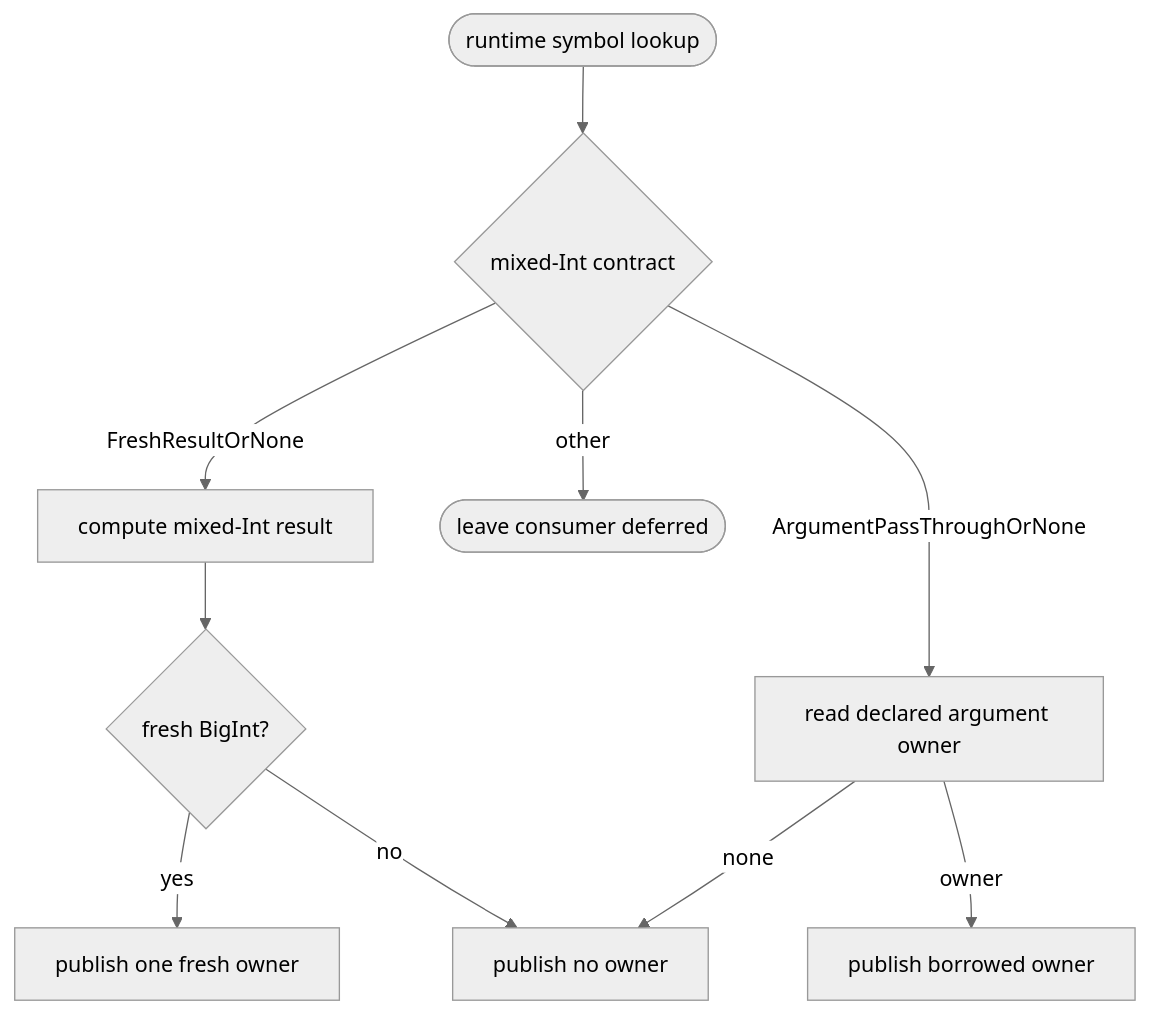
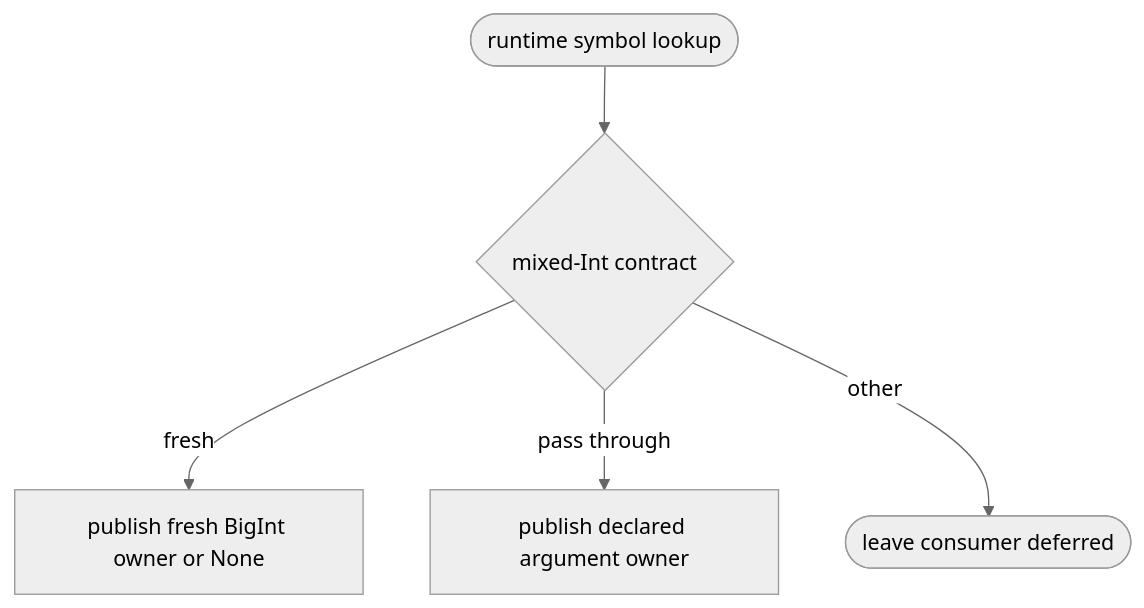
The first of 2 diagrams in .aw/tech-design/projects/mamba/logic/mamba-strict-type-expose-runtime-mixed-int-owner-sidecars.md (chrischeng-c4/axiom), drawn with Mermaid (neutral theme) before and after one commit. The commit also changed other lines of this file, not shown here.

Commit message:
td(1461) — contract section: logic
Lifecycle-Slug: 1461
Work-Item: 1461
Lifecycle-Stage: Td-Section
Lifecycle-Phase: td_contract_in_progress
Lifecycle-Pass: contract
TD-Section: logic
Previous-Phase: td_applicability_created
Next-Phase: td_contract_in_progress
Next-Command: aw td create

````diff
--- a/.aw/tech-design/projects/mamba/logic/mamba-strict-type-expose-runtime-mixed-int-owner-sidecars.md
+++ b/.aw/tech-design/projects/mamba/logic/mamba-strict-type-expose-runtime-mixed-int-owner-sidecars.md
@@ -10,36 +10,22 @@
 ```mermaid
 ---
 id: mamba-strict-type-runtime-mixed-int-owner-sidecars
 entry: runtime_symbol
 nodes:
   runtime_symbol: { kind: start, label: "runtime symbol lookup" }
   contract: { kind: decision, label: "mixed-Int companion contract" }
-  fresh_result: { kind: process, label: "compute fresh-result-or-none sidecar" }
-  bigint: { kind: decision, label: "result is fresh BigInt" }
-  transfer: { kind: process, label: "publish one fresh MbValue owner" }
-  raw: { kind: process, label: "publish no owner sidecar" }
-  argument: { kind: process, label: "select declared argument companion" }
-  borrowed: { kind: process, label: "publish borrowed companion" }
+  fresh: { kind: process, label: "publish fresh BigInt owner or None" }
+  pass_through: { kind: process, label: "publish declared argument owner" }
   deferred: { kind: terminal, label: "leave consumer deferred" }
 edges:
   - { from: runtime_symbol, to: contract }
-  - { from: contract, to: fresh_result, label: "FreshResultOrNone" }
-  - { from: fresh_result, to: bigint }
-  - { from: bigint, to: transfer, label: "yes" }
-  - { from: bigint, to: raw, label: "no" }
-  - { from: contract, to: argument, label: "ArgumentPassThroughOrNone" }
-  - { from: argument, to: borrowed, label: "owner present" }
-  - { from: argument, to: raw, label: "owner absent" }
-  - { from: contract, to: deferred, label: "non-Int, dynamic, or unregistered" }
+  - { from: contract, to: fresh, label: "FreshResultOrNone" }
+  - { from: contract, to: pass_through, label: "ArgumentPassThroughOrNone" }
+  - { from: contract, to: deferred, label: "other" }
 ---
 flowchart TD
     runtime_symbol([runtime symbol lookup]) --> contract{mixed-Int contract}
-    contract -- FreshResultOrNone --> fresh_result[compute mixed-Int result]
-    fresh_result --> bigint{fresh BigInt?}
-    bigint -- yes --> transfer[publish one fresh owner]
-    bigint -- no --> raw[publish no owner]
-    contract -- ArgumentPassThroughOrNone --> argument[read declared argument owner]
-    argument -- owner --> borrowed[publish borrowed owner]
-    argument -- none --> raw
+    contract -- fresh --> fresh[publish fresh BigInt owner or None]
+    contract -- pass through --> pass_through[publish declared argument owner]
     contract -- other --> deferred([leave consumer deferred])
 ```
````
